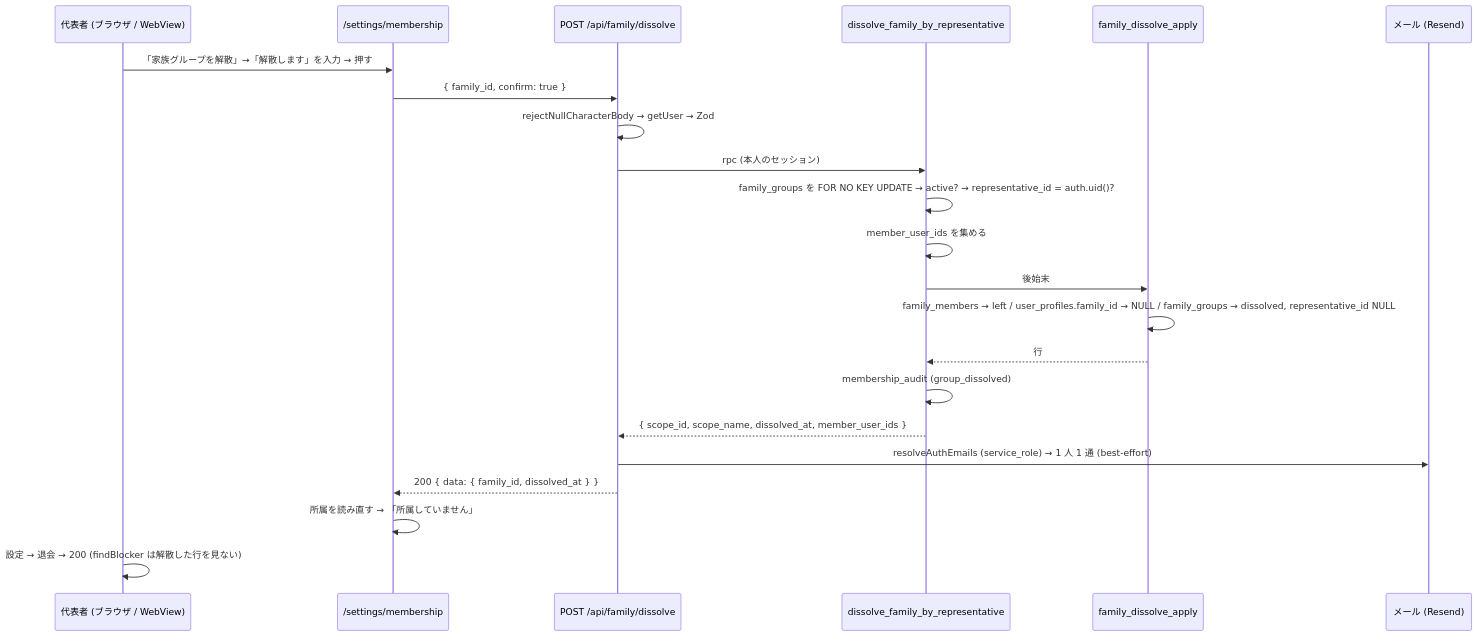
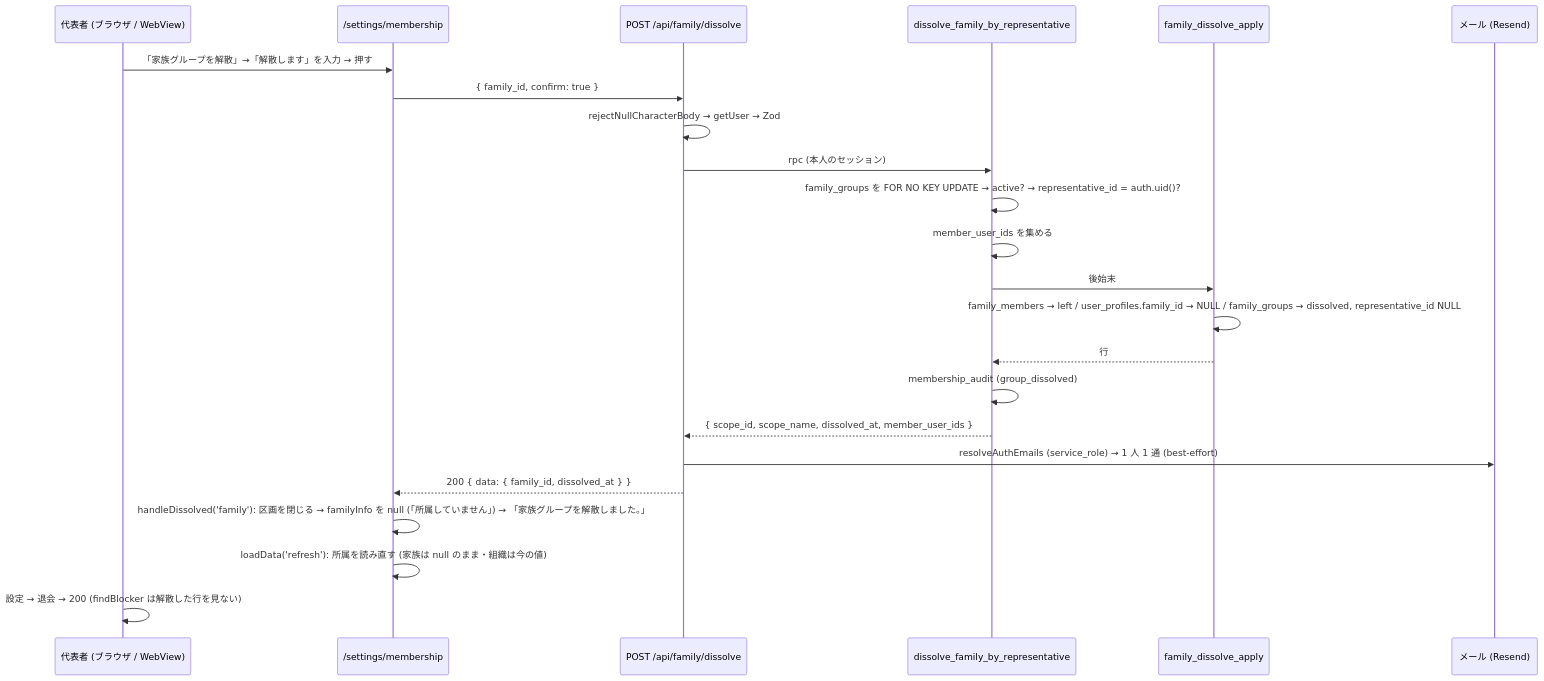
The diagram in docs/design/family/11-self-dissolve.md (DaisukeHori/homegohan-app), drawn with Mermaid before and after one commit. The commit also changed other lines of this file, not shown here.

Commit message:
docs(design): family/11 R1 の反映 — #1103 項目 10 の番兵 2 本の書き換えを逐語で (§21.6)、メンバーシップ設定の読み直しと解散のあとの所属の外し方を逐語で (§15.1) (#1917)

````diff
--- a/docs/design/family/11-self-dissolve.md
+++ b/docs/design/family/11-self-dissolve.md
@@ -1501,24 +1659,25 @@
 ```mermaid
 sequenceDiagram
   participant U as 代表者 (ブラウザ / WebView)
   participant P as /settings/membership
   participant R as POST /api/family/dissolve
   participant DB as dissolve_family_by_representative
   participant A as family_dissolve_apply
   participant M as メール (Resend)
   U->>P: 「家族グループを解散」→「解散します」を入力 → 押す
   P->>R: { family_id, confirm: true }
   R->>R: rejectNullCharacterBody → getUser → Zod
   R->>DB: rpc (本人のセッション)
   DB->>DB: family_groups を FOR NO KEY UPDATE → active? → representative_id = auth.uid()?
   DB->>DB: member_user_ids を集める
   DB->>A: 後始末
   A->>A: family_members → left / user_profiles.family_id → NULL / family_groups → dissolved, representative_id NULL
   A-->>DB: 行
   DB->>DB: membership_audit (group_dissolved)
   DB-->>R: { scope_id, scope_name, dissolved_at, member_user_ids }
   R->>M: resolveAuthEmails (service_role) → 1 人 1 通 (best-effort)
   R-->>P: 200 { data: { family_id, dissolved_at } }
-  P->>P: 所属を読み直す → 「所属していません」
+  P->>P: handleDissolved('family'): 区画を閉じる → familyInfo を null (「所属していません」) → 「家族グループを解散しました。」
+  P->>P: loadData('refresh'): 所属を読み直す (家族は null のまま・組織は今の値)
   U->>U: 設定 → 退会 → 200 (findBlocker は解散した行を見ない)
 ```
````
